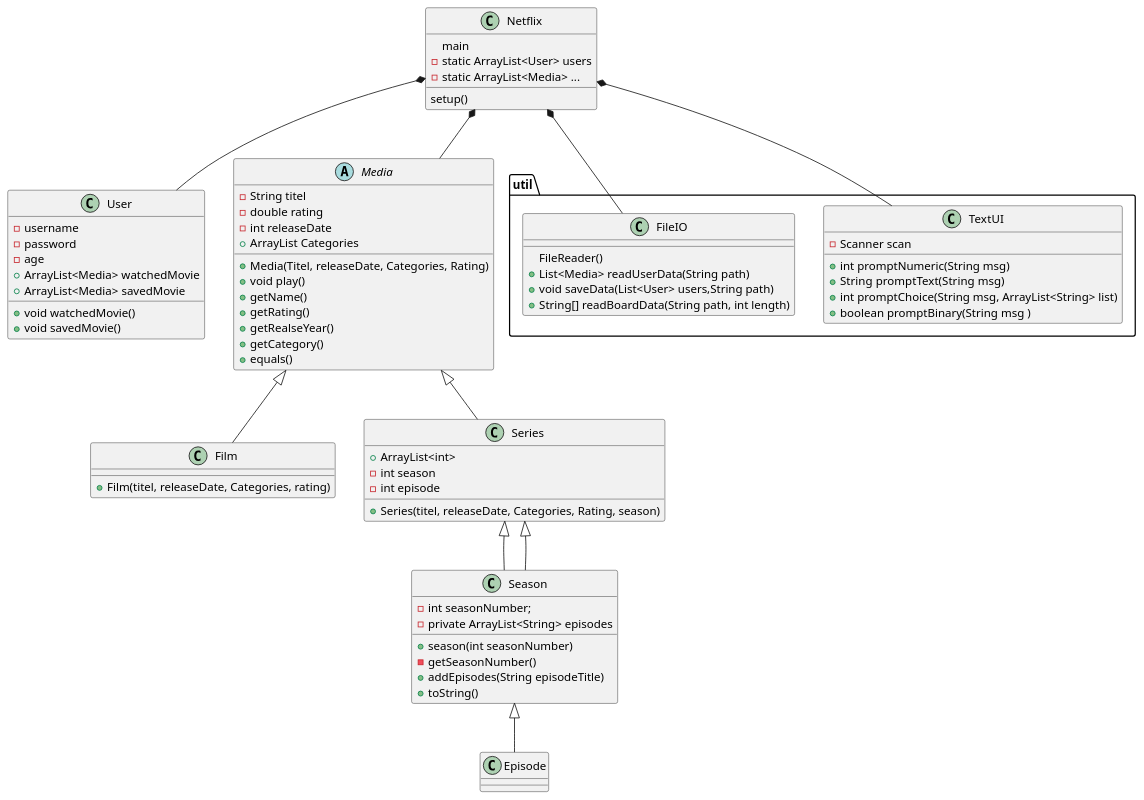
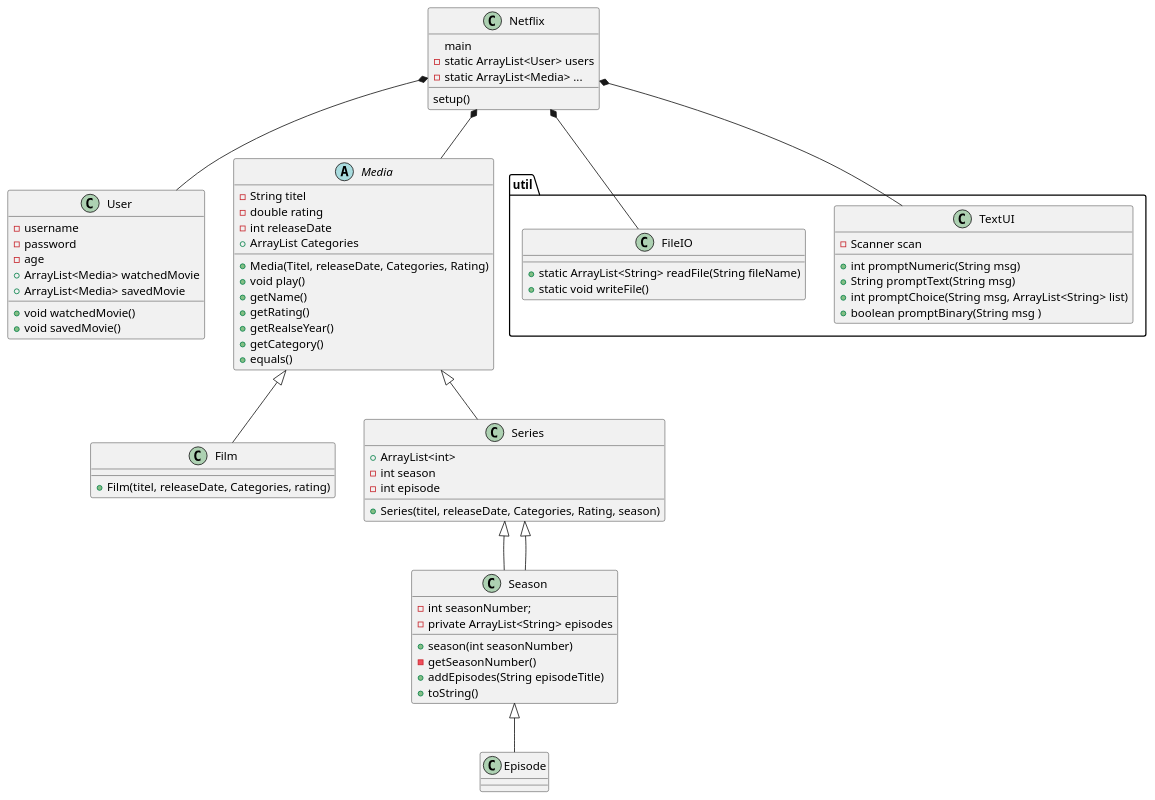
The diagram in UML/Netfix.puml (MariamE04/SP3-new), drawn with PlantUML before and after one commit.

Commit message:
ændring i fileIO i klassediagramet

```diff
--- a/UML/Netfix.puml
+++ b/UML/Netfix.puml
@@ -1,77 +1,75 @@
 @startuml
 'https://plantuml.com/class-diagram
 
 class Netflix{
 main
 setup()
 -static ArrayList<User> users
 -static ArrayList<Media> ...
 }
 class User{
 - username
 - password
 - age
 + ArrayList<Media> watchedMovie
 + ArrayList<Media> savedMovie
 + void watchedMovie()
 + void savedMovie()
  }
 
 abstract class Media{
 -String titel
 -double rating
 -int releaseDate
  +ArrayList Categories
  +Media(Titel, releaseDate, Categories, Rating)
  + void play()
  +getName()
  +getRating()
  +getRealseYear()
  +getCategory()
  +equals()
 
 }
 class Film{
 +Film(titel, releaseDate, Categories, rating)
 }
 class Series {
 + ArrayList<int>
 -int season
 -int episode
 +Series(titel, releaseDate, Categories, Rating, season)
 }
 class Season extends Series{
 -int seasonNumber;
 -private ArrayList<String> episodes
 +season(int seasonNumber)
 -getSeasonNumber()
 +addEpisodes(String episodeTitle)
 +toString()
 }
 
 
 package "util"{
 class TextUI{
 -Scanner scan
 + int promptNumeric(String msg)
 + String promptText(String msg)
 + int promptChoice(String msg, ArrayList<String> list)
 + boolean promptBinary(String msg )
 }
 class FileIO{
-FileReader()
-+List<Media> readUserData(String path)
-+void saveData(List<User> users,String path)
-+String[] readBoardData(String path, int length)
++static ArrayList<String> readFile(String fileName)
++static void writeFile()
     }
 }
 
 Netflix *-- User
 Netflix *-- Media
 Media <|-- Film
 Media <|-- Series
 Series <|-- Season
 Season <|-- Episode
 Netflix *-- FileIO
 Netflix *-- TextUI
 @enduml
```
